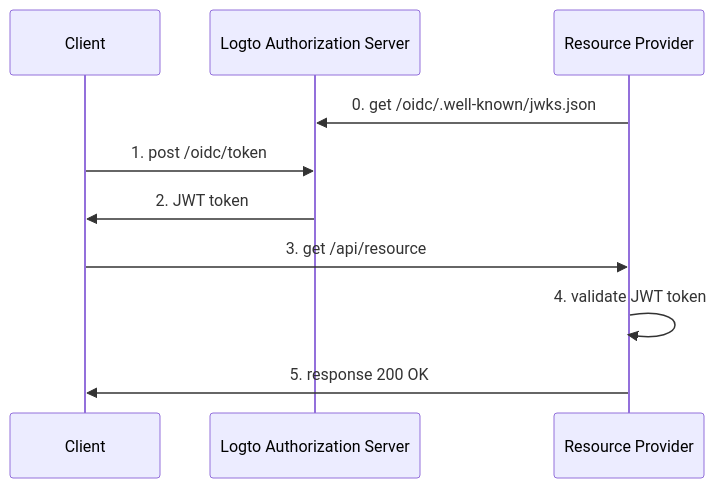
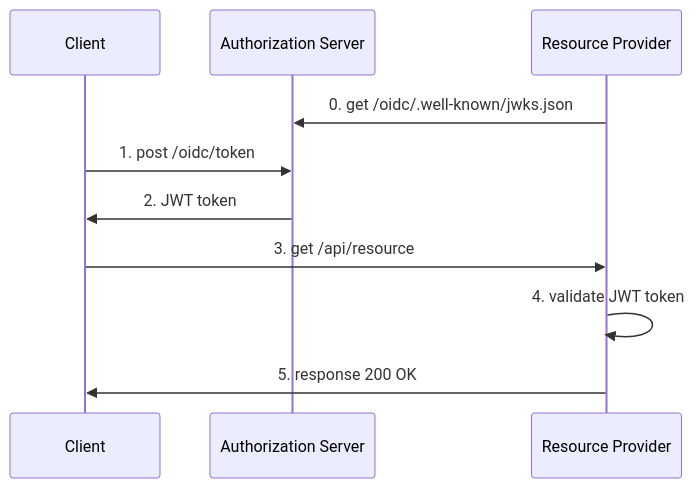
The second of 2 diagrams in src/content/terms/en/opaque-token.mdx (logto-io/auth-wiki), drawn with Mermaid before and after one commit. The commit also changed other lines of this file and 2 other files, not shown here.

Commit message:
chore: remove logto mentions and add internal links

````diff
--- a/src/content/terms/en/opaque-token.mdx
+++ b/src/content/terms/en/opaque-token.mdx
@@ -73,16 +73,16 @@
 ```mermaid
 
 sequenceDiagram
     participant C as Client
-    participant AS as Logto Authorization Server
+    participant AS as Authorization Server
     participant RP as Resource Provider
 
     RP ->> AS: 0. get /oidc/.well-known/jwks.json
 
     C ->> AS: 1. post /oidc/token
     AS ->> C: 2. JWT token
     C ->> RP: 3. get /api/resource
     RP ->> RP: 4. validate JWT token
     RP ->> C: 5. response 200 OK
 
 ```
````
